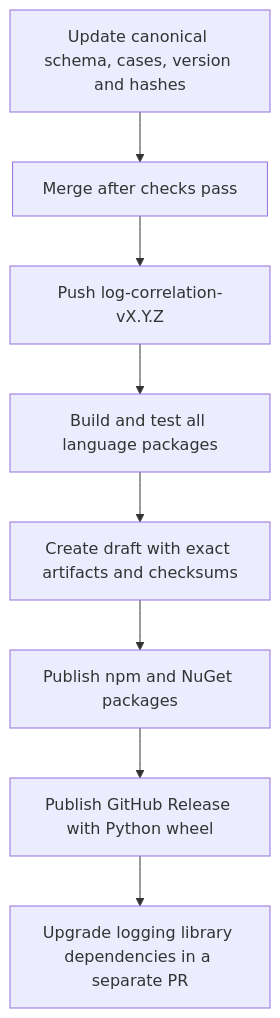
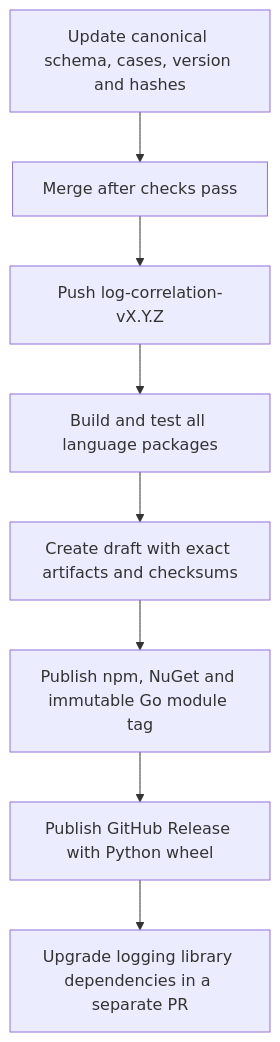
The first of 4 diagrams in contracts/log-correlation/release-guide.md (onenexus-team/onenexus-sdks), drawn with Mermaid before and after one commit. The commit also changed other lines of this file and 25 other files, not shown here.

````diff
--- a/contracts/log-correlation/release-guide.md
+++ b/contracts/log-correlation/release-guide.md
@@ -3,10 +3,10 @@
 ```mermaid
 flowchart TD
     A[Update canonical schema, cases, version and hashes] --> B[Merge after checks pass]
     B --> C[Push log-correlation-vX.Y.Z]
     C --> D[Build and test all language packages]
     D --> E[Create draft with exact artifacts and checksums]
-    E --> F[Publish npm and NuGet packages]
+    E --> F[Publish npm, NuGet and immutable Go module tag]
     F --> G[Publish GitHub Release with Python wheel]
     G --> H[Upgrade logging library dependencies in a separate PR]
 ```
````
